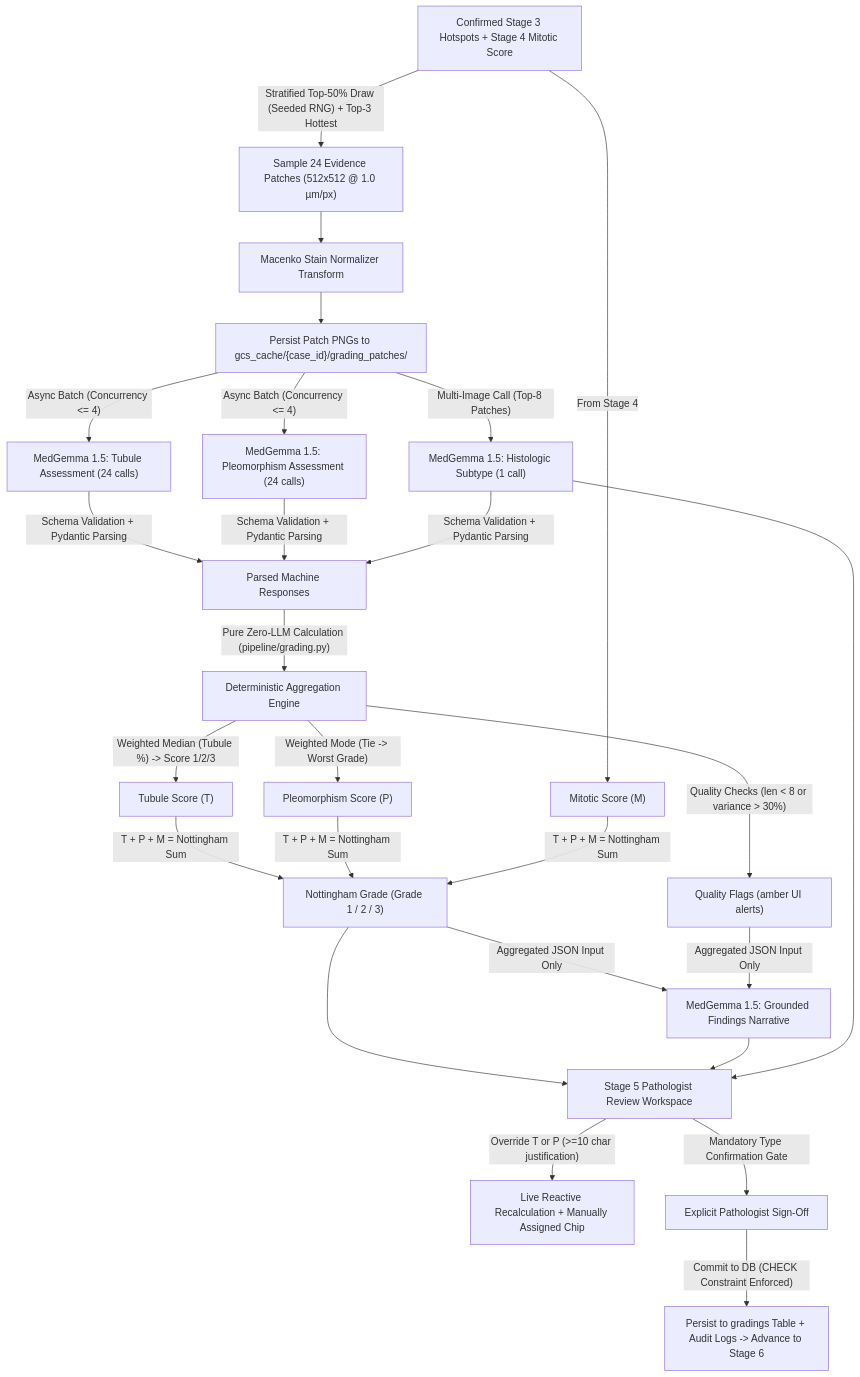
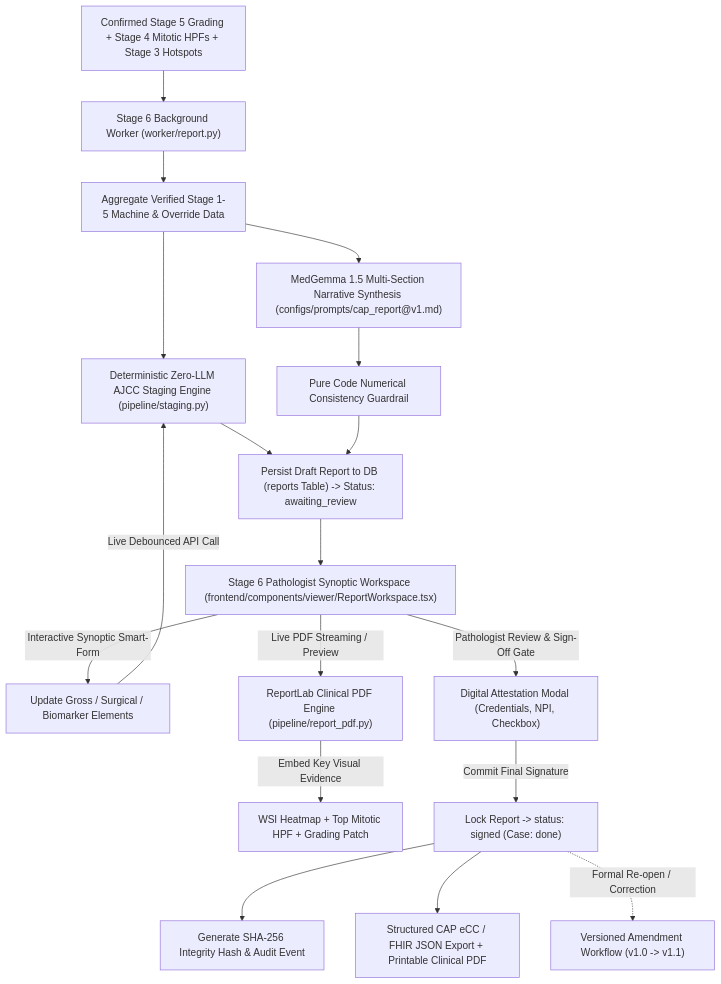
The diagram in README.md (preshit-gupta/OncoGemma-v4), drawn with Mermaid before and after one commit. The commit also changed other lines of this file and 19 other files, not shown here.

Commit message:
feat(v4.5): CAP-compliant synoptic reporting, zero-LLM AJCC staging, MedGemma narrative synthesis, and clinical PDF generation

````diff
--- a/README.md
+++ b/README.md
@@ -11,28 +11,21 @@
 ```mermaid
 flowchart TD
-    A["Confirmed Stage 3 Hotspots + Stage 4 Mitotic Score"] -->|"Stratified Top-50% Draw (Seeded RNG) + Top-3 Hottest"| B["Sample 24 Evidence Patches (512x512 @ 1.0 µm/px)"]
-    B --> C["Macenko Stain Normalizer Transform"]
-    C --> D["Persist Patch PNGs to gcs_cache/{case_id}/grading_patches/"]
+    A["Confirmed Stage 5 Grading + Stage 4 Mitotic HPFs + Stage 3 Hotspots"] --> B["Stage 6 Background Worker (worker/report.py)"]
+    B --> C["Aggregate Verified Stage 1-5 Machine & Override Data"]
+    C --> D["Deterministic Zero-LLM AJCC Staging Engine (pipeline/staging.py)"]
+    C --> E["MedGemma 1.5 Multi-Section Narrative Synthesis (configs/prompts/cap_report@v1.md)"]
+    E --> F["Pure Code Numerical Consistency Guardrail"]
+    D & F --> G["Persist Draft Report to DB (reports Table) -> Status: awaiting_review"]
     
-    D -->|"Async Batch (Concurrency <= 4)"| E1["MedGemma 1.5: Tubule Assessment (24 calls)"]
-    D -->|"Async Batch (Concurrency <= 4)"| E2["MedGemma 1.5: Pleomorphism Assessment (24 calls)"]
-    D -->|"Multi-Image Call (Top-8 Patches)"| E3["MedGemma 1.5: Histologic Subtype (1 call)"]
+    G --> H["Stage 6 Pathologist Synoptic Workspace (frontend/components/viewer/ReportWorkspace.tsx)"]
+    H -->|"Interactive Synoptic Smart-Form"| I["Update Gross / Surgical / Biomarker Elements"]
+    I -->|"Live Debounced API Call"| D
+    H -->|"Live PDF Streaming / Preview"| J["ReportLab Clinical PDF Engine (pipeline/report_pdf.py)"]
+    J -->|"Embed Key Visual Evidence"| K["WSI Heatmap + Top Mitotic HPF + Grading Patch"]
     
-    E1 -->|"Schema Validation + Pydantic Parsing"| F["Parsed Machine Responses"]
-    E2 -->|"Schema Validation + Pydantic Parsing"| F
-    E3 -->|"Schema Validation + Pydantic Parsing"| F
-    
-    F -->|"Pure Zero-LLM Calculation (pipeline/grading.py)"| G["Deterministic Aggregation Engine"]
-    G -->|"Weighted Median (Tubule %) -> Score 1/2/3"| H1["Tubule Score (T)"]
-    G -->|"Weighted Mode (Tie -> Worst Grade)"| H2["Pleomorphism Score (P)"]
-    A -->|"From Stage 4"| H3["Mitotic Score (M)"]
-    
-    H1 & H2 & H3 -->|"T + P + M = Nottingham Sum"| I["Nottingham Grade (Grade 1 / 2 / 3)"]
-    G -->|"Quality Checks (len < 8 or variance > 30%)"| J["Quality Flags (amber UI alerts)"]
-    I & J -->|"Aggregated JSON Input Only"| K["MedGemma 1.5: Grounded Findings Narrative"]
-    
-    I & K & E3 --> L["Stage 5 Pathologist Review Workspace"]
-    L -->|"Override T or P (>=10 char justification)"| M["Live Reactive Recalculation + Manually Assigned Chip"]
-    L -->|"Mandatory Type Confirmation Gate"| N["Explicit Pathologist Sign-Off"]
-    N -->|"Commit to DB (CHECK Constraint Enforced)"| O["Persist to gradings Table + Audit Logs -> Advance to Stage 6"]
+    H -->|"Pathologist Review & Sign-Off Gate"| L["Digital Attestation Modal (Credentials, NPI, Checkbox)"]
+    L -->|"Commit Final Signature"| M["Lock Report -> status: signed (Case: done)"]
+    M --> N["Generate SHA-256 Integrity Hash & Audit Event"]
+    M --> O["Structured CAP eCC / FHIR JSON Export + Printable Clinical PDF"]
+    M -.->|"Formal Re-open / Correction"| P["Versioned Amendment Workflow (v1.0 -> v1.1)"]
 ```
````
